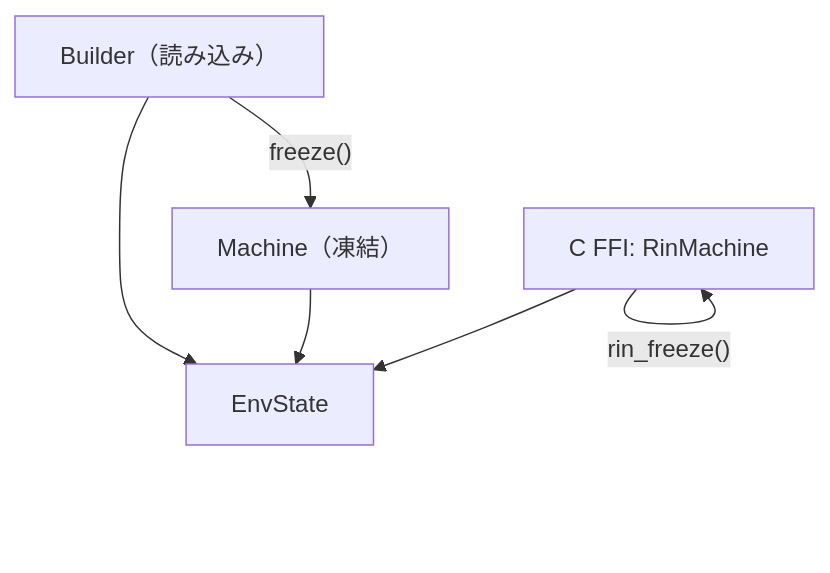
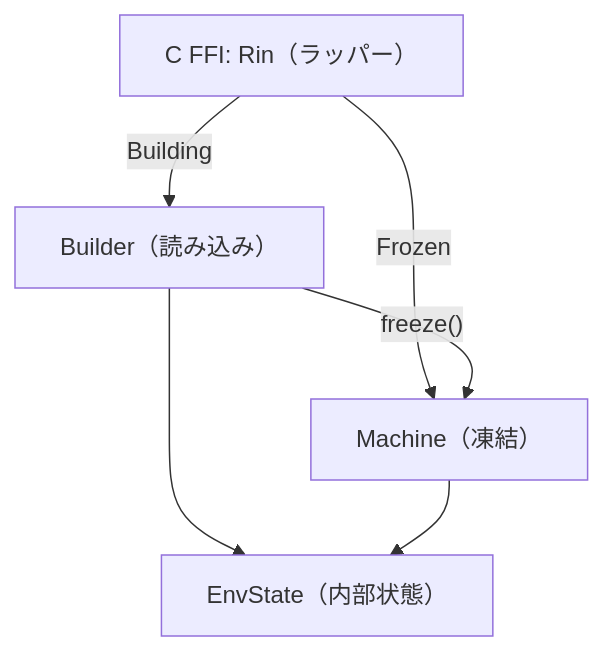
Before and after one commit to TappoyGK/rin: the first of 2 diagrams in docs/architecture.md, drawn with Mermaid. The commit also changed other lines of this file and 11 other files, not shown here.

Commit message:
feat: C FFI のハンドル型を Rin へ改名し rin_build・rin_eval_with を追加する

````diff
--- a/docs/architecture.md
+++ b/docs/architecture.md
@@ -14,8 +14,8 @@
 ```mermaid
 flowchart TD
-    B["Builder（読み込み）"] -->|"freeze()"| M["Machine（凍結）"]
-    F["C FFI: RinMachine"] -->|"rin_freeze()"| F
-    B --> E["EnvState"]
+    F["C FFI: Rin（ラッパー）"] -->|"Building"| B["Builder（読み込み）"]
+    F -->|"Frozen"| M["Machine（凍結）"]
+    B -->|"freeze()"| M
+    B --> E["EnvState（内部状態）"]
     M --> E
-    F --> E
 ```
````
